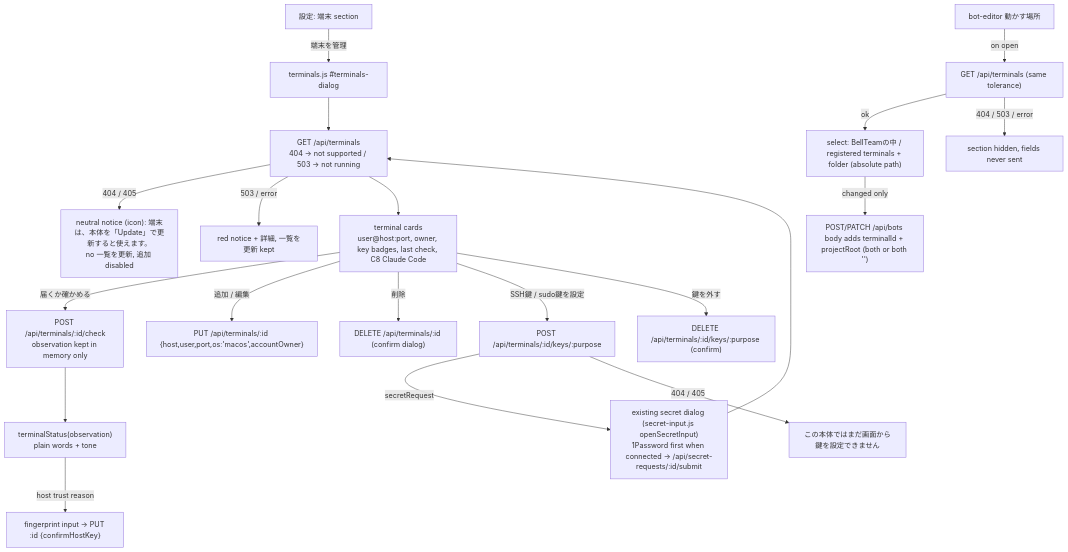
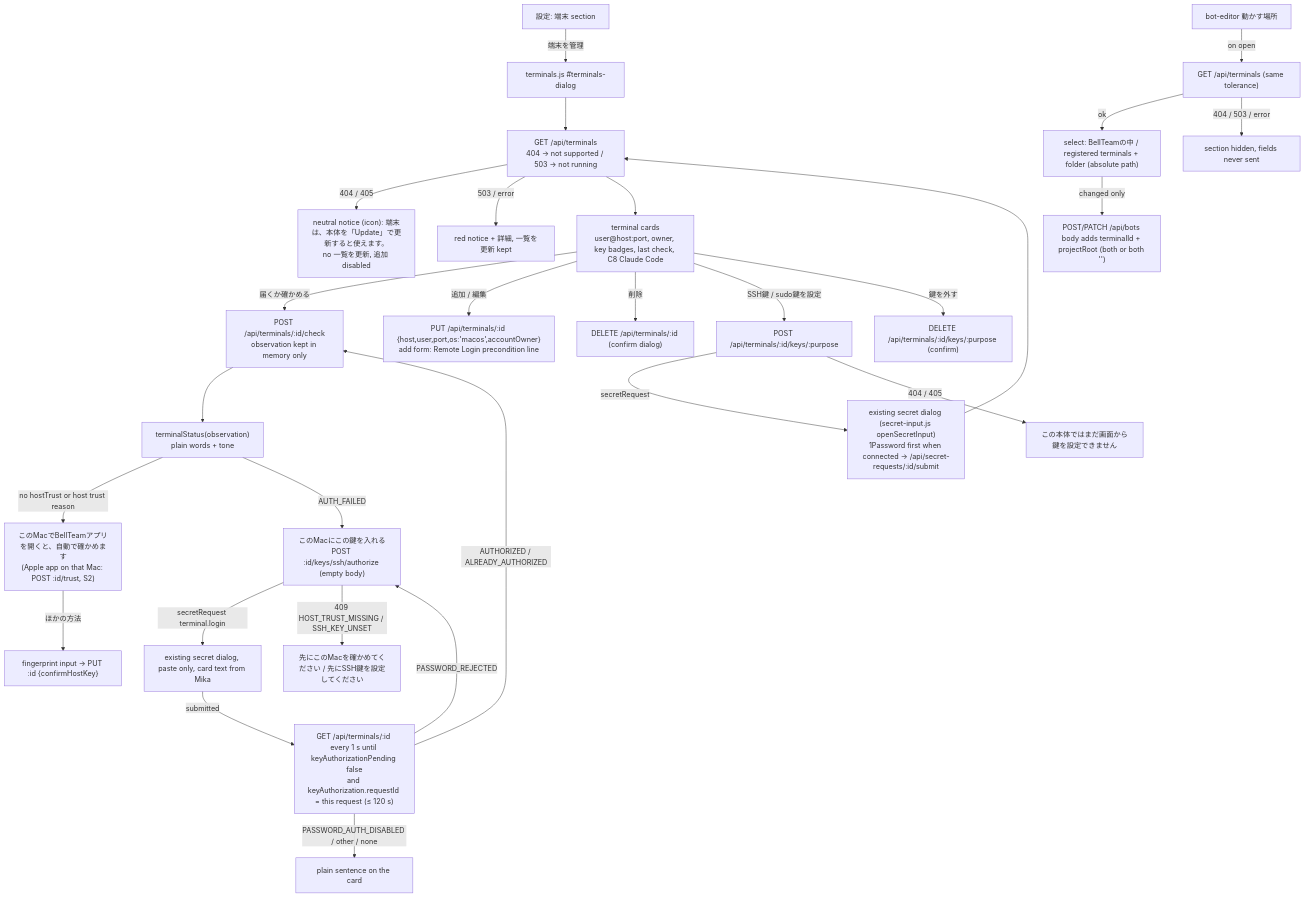
One commit to kitepon/BellTeam changed the third of 3 diagrams in docs/architecture/modules/web/README.md. Above: the diagram before and after it, drawn with Mermaid. The commit also changed other lines of this file and 2 other files, not shown here.

Commit message:
Web terminals: self-service registration screens (F-SEAT-HOST step 5)
Remote Login precondition line on the add form; without host trust the card says
the Mac app confirms it and the fingerprint sheet moves under ほかの方法; check
reasons offer the likely fix; AUTH_FAILED offers 「このMacにこの鍵を入れる」
(POST keys/ssh/authorize -> Mika's login card -> bounded wait for this request's
outcome -> check again on success).

````diff
--- a/docs/architecture/modules/web/README.md
+++ b/docs/architecture/modules/web/README.md
@@ -101,22 +101,30 @@
 ```mermaid
 flowchart TD
   Settings[設定: 端末 section] -->|端末を管理| Dialog["terminals.js #terminals-dialog"]
   Dialog --> List["GET /api/terminals<br/>404 → not supported / 503 → not running"]
   List -->|404 / 405| Waiting["neutral notice (icon): 端末は、本体を「Update」で更新すると使えます。<br/>no 一覧を更新, 追加 disabled"]
   List -->|503 / error| Failed["red notice + 詳細, 一覧を更新 kept"]
   List --> Cards["terminal cards<br/>user@host:port, owner, key badges, last check, C8 Claude Code"]
   Cards -->|届くか確かめる| Check["POST /api/terminals/:id/check<br/>observation kept in memory only"]
   Check --> Badge["terminalStatus(observation)<br/>plain words + tone"]
-  Badge -->|host trust reason| Confirm["fingerprint input → PUT :id {confirmHostKey}"]
-  Cards -->|追加 / 編集| Form["PUT /api/terminals/:id {host,user,port,os:'macos',accountOwner}"]
+  Badge -->|no hostTrust or host trust reason| Auto["このMacでBellTeamアプリを開くと、自動で確かめます<br/>(Apple app on that Mac: POST :id/trust, S2)"]
+  Auto -->|ほかの方法| Confirm["fingerprint input → PUT :id {confirmHostKey}"]
+  Badge -->|AUTH_FAILED| Authorize["このMacにこの鍵を入れる<br/>POST :id/keys/ssh/authorize (empty body)"]
+  Authorize -->|secretRequest terminal.login| Login["existing secret dialog, paste only, card text from Mika"]
+  Authorize -->|409 HOST_TRUST_MISSING / SSH_KEY_UNSET| Before["先にこのMacを確かめてください / 先にSSH鍵を設定してください"]
+  Login -->|submitted| Wait["GET /api/terminals/:id every 1 s until keyAuthorizationPending false<br/>and keyAuthorization.requestId = this request (≤ 120 s)"]
+  Wait -->|AUTHORIZED / ALREADY_AUTHORIZED| Check
+  Wait -->|PASSWORD_REJECTED| Authorize
+  Wait -->|PASSWORD_AUTH_DISABLED / other / none| AuthText["plain sentence on the card"]
+  Cards -->|追加 / 編集| Form["PUT /api/terminals/:id {host,user,port,os:'macos',accountOwner}<br/>add form: Remote Login precondition line"]
   Cards -->|削除| Remove["DELETE /api/terminals/:id (confirm dialog)"]
   Cards -->|SSH鍵 / sudo鍵を設定| Key["POST /api/terminals/:id/keys/:purpose"]
   Key -->|secretRequest| Secret["existing secret dialog (secret-input.js openSecretInput)<br/>1Password first when connected → /api/secret-requests/:id/submit"]
   Key -->|404 / 405| NoRoute["この本体ではまだ画面から鍵を設定できません"]
   Secret --> List
   Cards -->|鍵を外す| Unbind["DELETE /api/terminals/:id/keys/:purpose (confirm)"]
   Editor["bot-editor 動かす場所"] -->|on open| List2["GET /api/terminals (same tolerance)"]
   List2 -->|ok| Fields["select: BellTeamの中 / registered terminals + folder (absolute path)"]
   List2 -->|404 / 503 / error| Hidden["section hidden, fields never sent"]
   Fields -->|changed only| Body["POST/PATCH /api/bots body adds terminalId + projectRoot (both or both '')"]
 ```
````
